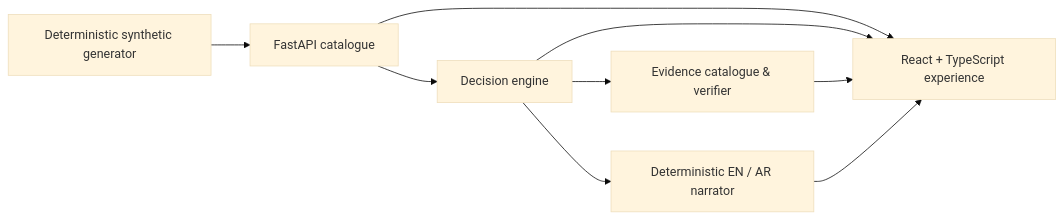
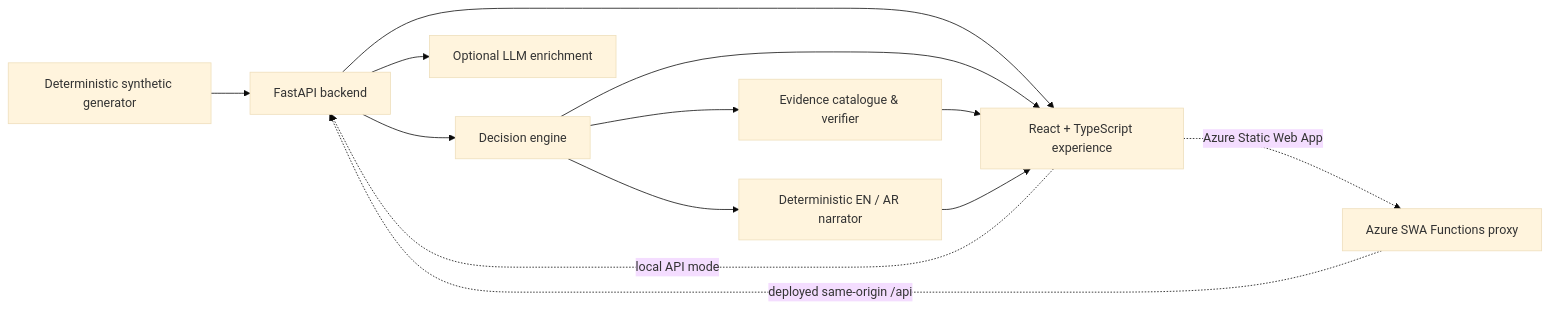
The second of 3 diagrams in README.md (Adamzuckk/Rematch), drawn with Mermaid (base theme) before and after one commit. The commit also changed other lines of this file and 346 other files, not shown here.

````diff
--- a/README.md
+++ b/README.md
@@ -73,11 +89,15 @@
 ```mermaid
 flowchart LR
-  S["Deterministic synthetic generator"] --> A["FastAPI catalogue"]
-  A --> D["Decision engine"]
+  S["Deterministic synthetic generator"] --> B["FastAPI backend"]
+  B --> D["Decision engine"]
   D --> V["Evidence catalogue & verifier"]
   D --> N["Deterministic EN / AR narrator"]
-  A --> R["React + TypeScript experience"]
+  B --> E["Optional LLM enrichment"]
+  B --> R["React + TypeScript experience"]
   D --> R
   V --> R
   N --> R
+  P["Azure SWA Functions proxy"] -.->|"deployed same-origin /api"| B
+  R -.->|"local API mode"| B
+  R -.->|"Azure Static Web App"| P
 ```
````
